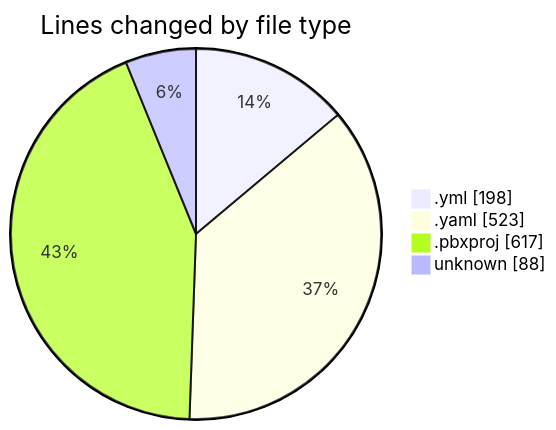
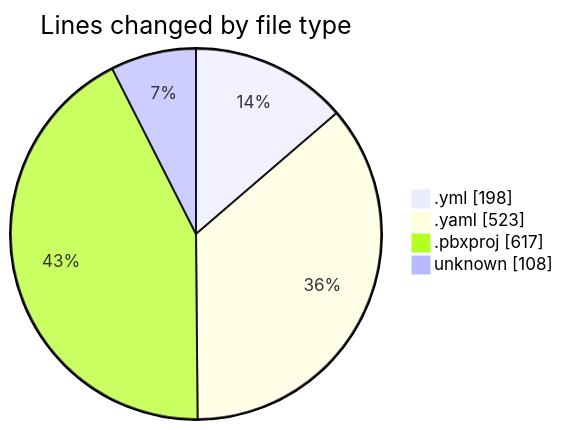
Before and after one commit to lephambinh05/code-tracking: the first of 2 diagrams in 2025-08-08/studybuddy/README.md, drawn with Mermaid. The commit also changed other lines of this file and 1 other file, not shown here.

````diff
--- a/2025-08-08/studybuddy/README.md
+++ b/2025-08-08/studybuddy/README.md
@@ -25,8 +25,8 @@
 ```mermaid
 pie showData
 title Lines changed by file type
 ".yml" : 198
 ".yaml" : 523
 ".pbxproj" : 617
-"unknown" : 88
+"unknown" : 108
 ```
````
